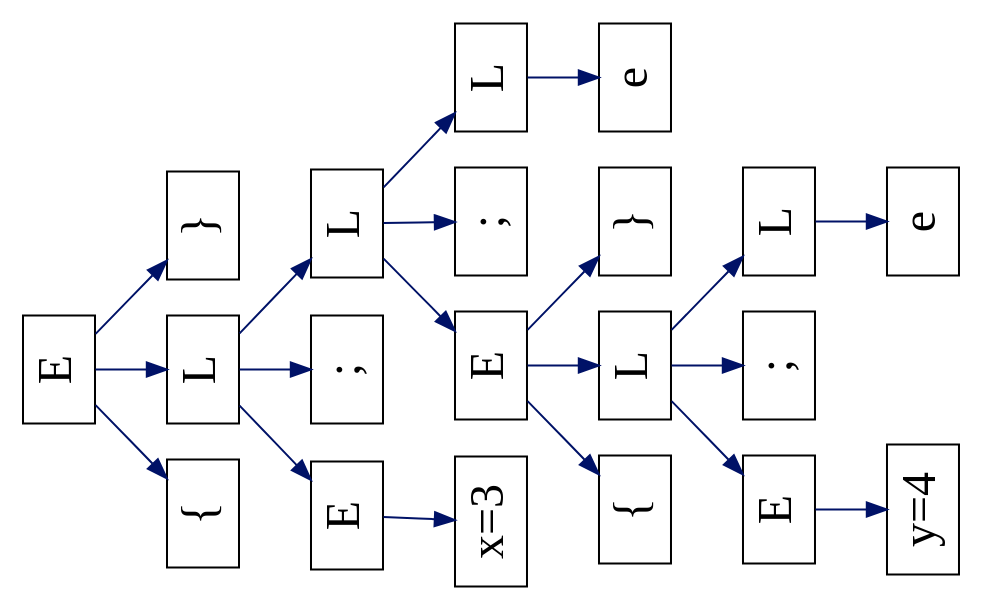
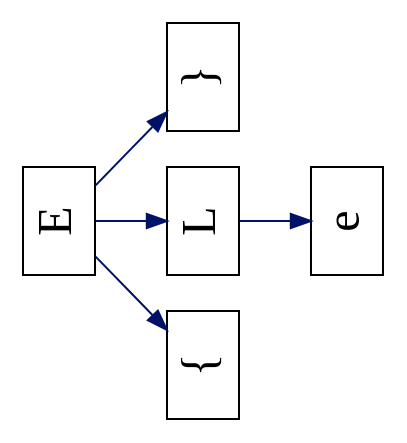
The diagram in ocaml/parser_class_example/parsetree.dot (anwarmamat/cmsc330), drawn with Graphviz before and after one commit. The commit also changed 3 other files, not shown here.

```diff
--- a/ocaml/parser_class_example/parsetree.dot
+++ b/ocaml/parser_class_example/parsetree.dot
@@ -1,47 +1,17 @@
 digraph G {
   ordering=out;
   rankdir=TB;
   orientation=landscape;
-  15 [label="}", fontsize=24, shape=box, ];
   1 [label="{", fontsize=24, shape=box, ];
-  13 [label="L", fontsize=24, shape=box, ];
-  18 [label="e", fontsize=24, shape=box, ];
-  11 [label="y=4", fontsize=24, shape=box, ];
   0 [label="E", fontsize=24, shape=box, ];
-  17 [label="L", fontsize=24, shape=box, ];
-  19 [label="}", fontsize=24, shape=box, ];
-  7 [label="E", fontsize=24, shape=box, ];
-  3 [label="E", fontsize=24, shape=box, ];
-  4 [label="x=3", fontsize=24, shape=box, ];
-  10 [label="E", fontsize=24, shape=box, ];
-  6 [label="L", fontsize=24, shape=box, ];
-  14 [label="e", fontsize=24, shape=box, ];
+  4 [label="}", fontsize=24, shape=box, ];
+  3 [label="e", fontsize=24, shape=box, ];
   2 [label="L", fontsize=24, shape=box, ];
-  9 [label="L", fontsize=24, shape=box, ];
-  12 [label=";", fontsize=24, shape=box, ];
-  5 [label=";", fontsize=24, shape=box, ];
-  8 [label="{", fontsize=24, shape=box, ];
-  16 [label=";", fontsize=24, shape=box, ];
   
   
-  13 -> 14 [color="#001267", label="", ];
   0 -> 1 [color="#001267", label="", ];
   0 -> 2 [color="#001267", label="", ];
-  0 -> 19 [color="#001267", label="", ];
-  17 -> 18 [color="#001267", label="", ];
-  7 -> 8 [color="#001267", label="", ];
-  7 -> 9 [color="#001267", label="", ];
-  7 -> 15 [color="#001267", label="", ];
-  3 -> 4 [color="#001267", label="", ];
-  10 -> 11 [color="#001267", label="", ];
-  6 -> 7 [color="#001267", label="", ];
-  6 -> 16 [color="#001267", label="", ];
-  6 -> 17 [color="#001267", label="", ];
+  0 -> 4 [color="#001267", label="", ];
   2 -> 3 [color="#001267", label="", ];
-  2 -> 5 [color="#001267", label="", ];
-  2 -> 6 [color="#001267", label="", ];
-  9 -> 10 [color="#001267", label="", ];
-  9 -> 12 [color="#001267", label="", ];
-  9 -> 13 [color="#001267", label="", ];
   
   }
```
